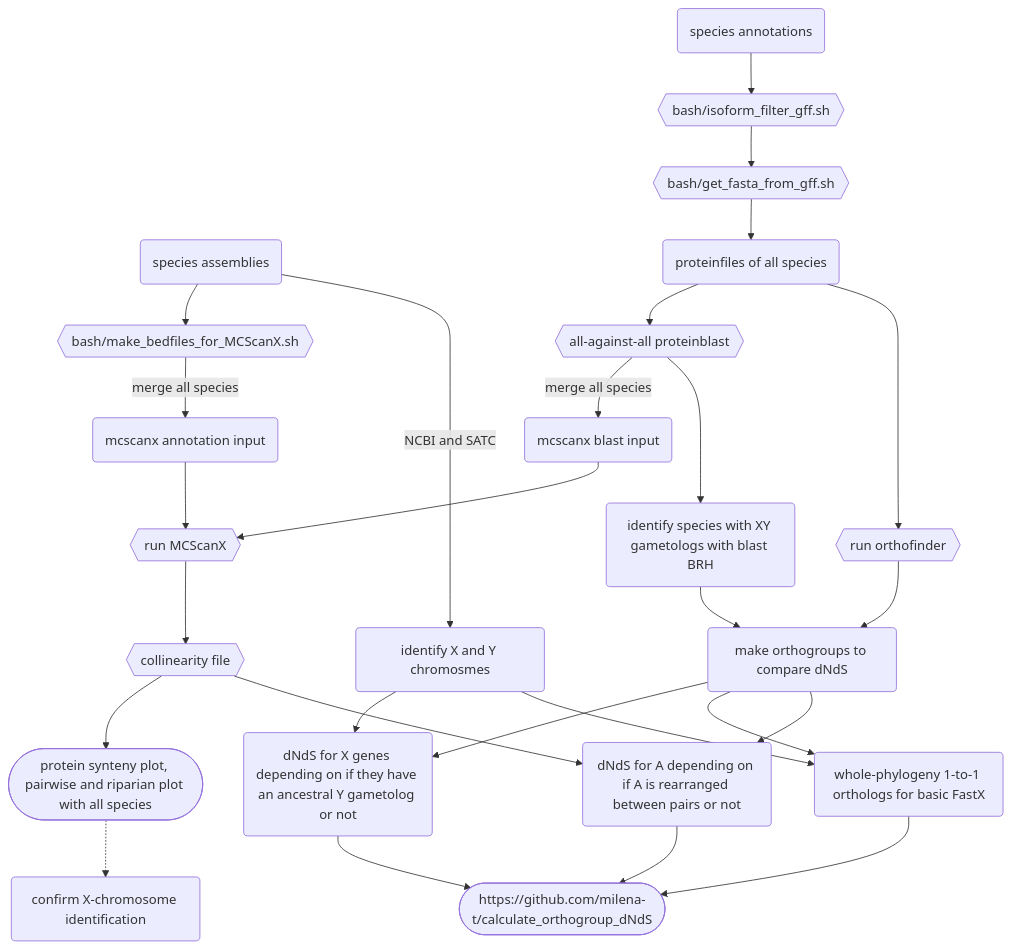
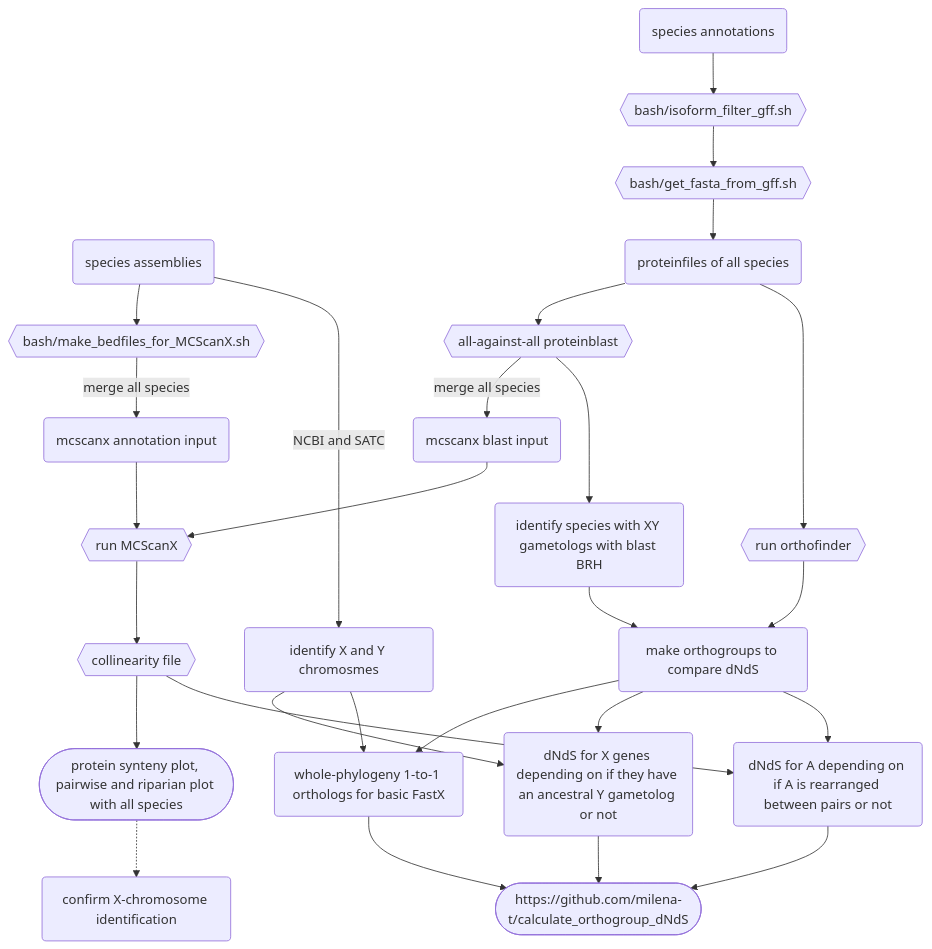
The diagram in README.md (milena-t/PhD_chapter3), drawn with Mermaid before and after one commit. The commit also changed other lines of this file, not shown here.

Commit message:
moremermaid

````diff
--- a/README.md
+++ b/README.md
@@ -55,39 +55,39 @@
 ```mermaid
 graph TD;
     species_Ass(species assemblies);
     species_Ass --> simplified_bed{{bash/make_bedfiles_for_MCScanX.sh}};
     simplified_bed -- merge all species --> mcscanx_bed(mcscanx annotation input);
     
     species_Ann(species annotations);
     species_Ann --> is_filter{{bash/isoform_filter_gff.sh}};
     is_filter --> get_prot{{bash/get_fasta_from_gff.sh}};
     get_prot --> protfiles(proteinfiles of all species);
     protfiles --> blast{{all-against-all proteinblast}};
     blast -- merge all species --> mcscanx_blast(mcscanx blast input);
 
     mcscanx_bed --> run_mcscanx{{run MCScanX}};
     mcscanx_blast --> run_mcscanx
     run_mcscanx --> mcscanx_out{{collinearity file}}
     mcscanx_out --> mcscanx_plot([protein synteny plot, pairwise and riparian plot with all species])
     mcscanx_plot .-> conf_X(confirm X-chromosome identification)
 
     species_Ass -- NCBI and SATC --> XY_chr(identify X and Y chromosmes);
     protfiles --> orthofinder{{run orthofinder}};
     
     blast --> XY_paralogs(identify species with XY gametologs with blast BRH);
     XY_paralogs --> dNdS_groups(make orthogroups to compare dNdS);
     orthofinder --> dNdS_groups;
 
+    dNdS_groups --> basicFastX(whole-phylogeny 1-to-1 orthologs for basic FastX);
     dNdS_groups --> gametologs(dNdS for X genes depending on if they have an ancestral Y gametolog or not);
-    dNdS_groups --> basicFastX(whole-phylogeny 1-to-1 orthologs for basic FastX);
+    dNdS_groups --> rearrangeA(dNdS for A depending on if A is rearranged between pairs or not)
     XY_chr --> gametologs
     XY_chr --> basicFastX
-    dNdS_groups --> rearrangeA(dNdS for A depending on if A is rearranged between pairs or not)
     mcscanx_out --> rearrangeA
 
     OG_dNdS([https://github.com/milena-t/calculate_orthogroup_dNdS])
     gametologs --> OG_dNdS
     basicFastX --> OG_dNdS
     rearrangeA --> OG_dNdS
 
 ```   
````
